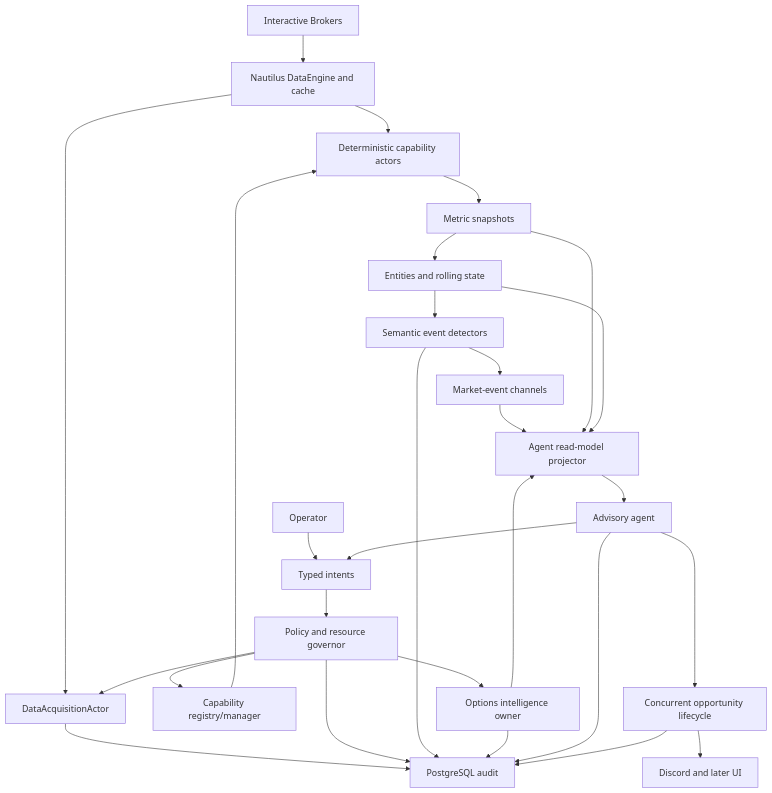
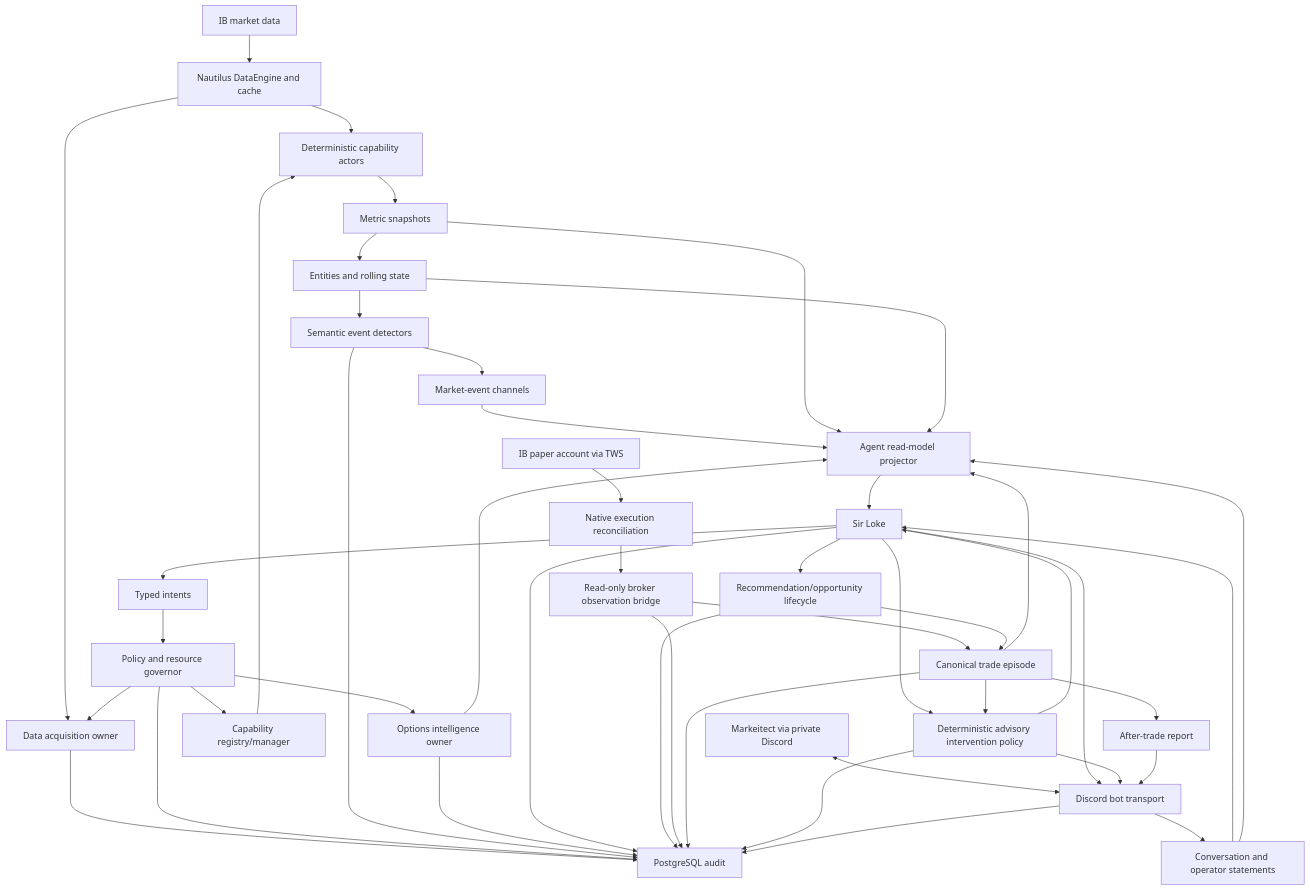
The diagram in docs/roadmap/v2-market-events-live-agent-plan.md (ShriekinNinja/Markeitech_V2), drawn with Mermaid before and after one commit. The commit also changed other lines of this file and 26 other files, not shown here.

Commit message:
docs: make Sir Loke v1 the product authority

````diff
--- a/docs/roadmap/v2-market-events-live-agent-plan.md
+++ b/docs/roadmap/v2-market-events-live-agent-plan.md
@@ -91,30 +111,48 @@
 ```mermaid
 flowchart TD
-    IB["Interactive Brokers"] --> NT["Nautilus DataEngine and cache"]
-    NT --> DA["DataAcquisitionActor"]
+    IBMD["IB market data"] --> NT["Nautilus DataEngine and cache"]
+    IBACCT["IB paper account via TWS"] --> EXEC["Native execution reconciliation"]
+    EXEC --> OBS["Read-only broker observation bridge"]
+    OBS --> TRADE["Canonical trade episode"]
+    NT --> DA["Data acquisition owner"]
     NT --> CAP["Deterministic capability actors"]
-    OP["Operator"] --> INT["Typed intents"]
-    AG["Advisory agent"] --> INT
+    OP["Markeitect via private Discord"] <--> DCBOT["Discord bot transport"]
+    DCBOT --> CONV["Conversation and operator statements"]
+    CONV --> AG["Sir Loke"]
+    AG --> INT["Typed intents"]
     INT --> POL["Policy and resource governor"]
     POL --> DA
     POL --> REG["Capability registry/manager"]
     POL --> OPT["Options intelligence owner"]
     REG --> CAP
     CAP --> MET["Metric snapshots"]
     MET --> ENT["Entities and rolling state"]
     ENT --> DET["Semantic event detectors"]
     DET --> BUS["Market-event channels"]
     BUS --> READ["Agent read-model projector"]
     MET --> READ
     ENT --> READ
     OPT --> READ
+    TRADE --> READ
+    CONV --> READ
     READ --> AG
-    AG --> OPP["Concurrent opportunity lifecycle"]
-    OPP --> PROJ["Discord and later UI"]
+    AG --> OPP["Recommendation/opportunity lifecycle"]
+    OPP --> TRADE
+    AG --> GOV["Deterministic advisory intervention policy"]
+    TRADE --> GOV
+    GOV --> AG
+    AG --> DCBOT
+    GOV --> DCBOT
+    TRADE --> REPORT["After-trade report"]
+    REPORT --> DCBOT
     DA --> DB["PostgreSQL audit"]
     POL --> DB
     DET --> DB
     OPT --> DB
     AG --> DB
     OPP --> DB
+    OBS --> DB
+    TRADE --> DB
+    GOV --> DB
+    DCBOT --> DB
 ```
````
